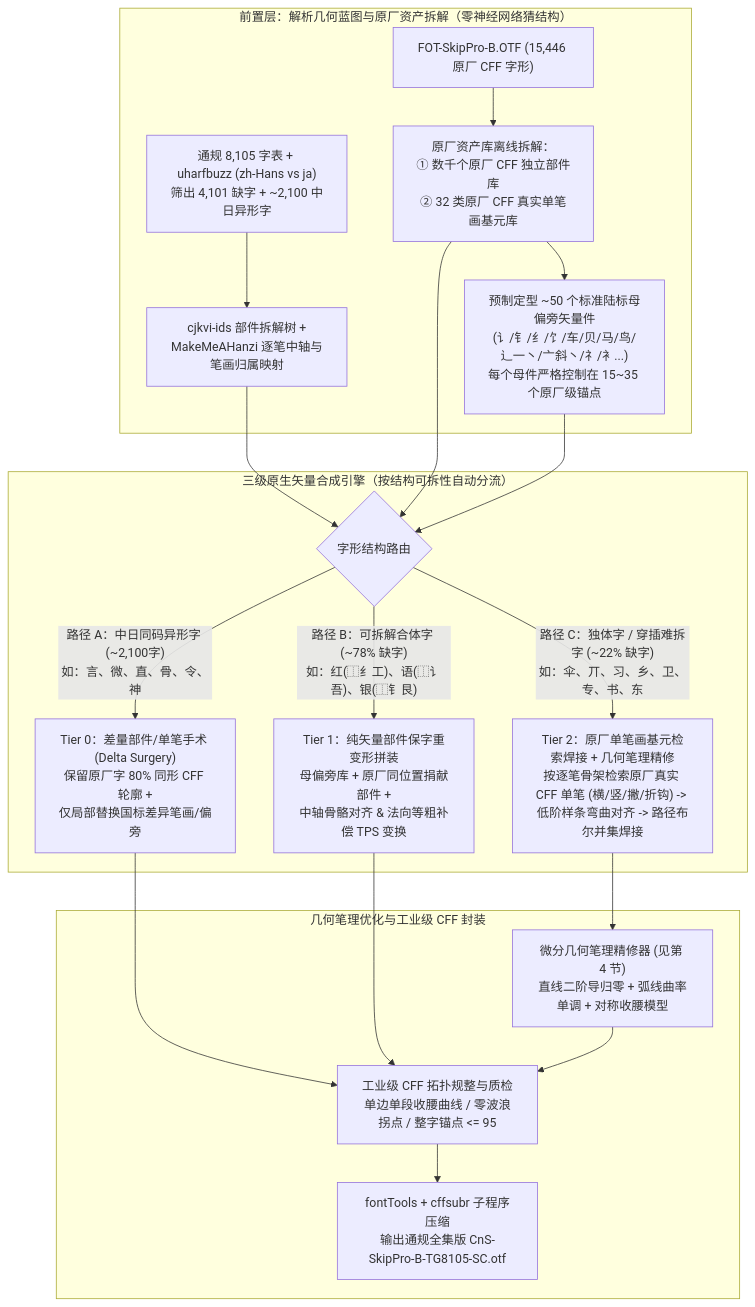
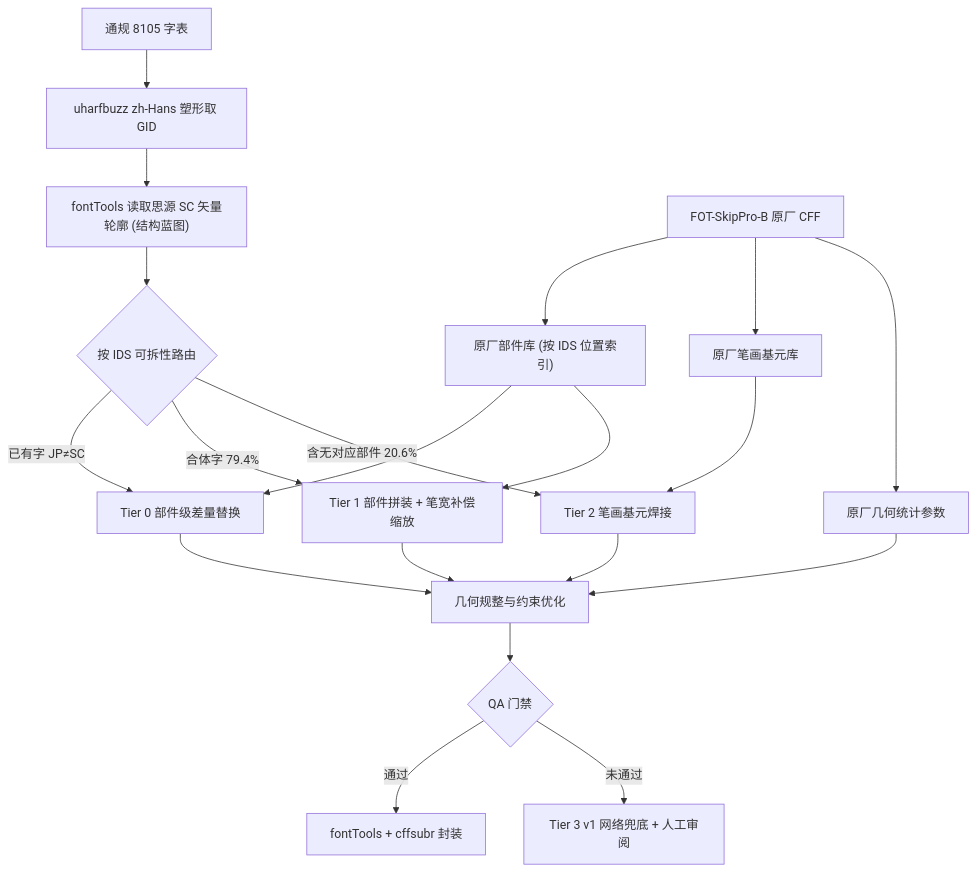
The diagram in plan2.0.md (ZeonMacha/CnS-font), drawn with Mermaid before and after one commit. The commit also changed other lines of this file, not shown here.

Commit message:
docs: audit and revise plan2.0.md with empirical measurements and GID-exact JP/SC stats

````diff
--- a/plan2.0.md
+++ b/plan2.0.md
@@ -56,24 +87,22 @@
 ```mermaid
 flowchart TD
-    subgraph S0["前置层：解析几何蓝图与原厂资产拆解（零神经网络猜结构）"]
-        P1["通规 8,105 字表 + uharfbuzz (zh-Hans vs ja)<br/>筛出 4,101 缺字 + ~2,100 中日异形字"] --> P2["cjkvi-ids 部件拆解树 +<br/>MakeMeAHanzi 逐笔中轴与笔画归属映射"]
-        P3["FOT-SkipPro-B.OTF (15,446 原厂 CFF 字形)"] --> P4["原厂资产库离线拆解：<br/>① 数千个原厂 CFF 独立部件库<br/>② 32 类原厂 CFF 真实单笔画基元库"]
-        P4 --> P5["预制定型 ~50 个标准陆标母偏旁矢量件<br/>(讠/钅/纟/饣/车/贝/马/鸟/辶一丶/亠斜丶/礻/衤...)<br/>每个母件严格控制在 15~35 个原厂级锚点"]
-    end
-
-    subgraph S1["三级原生矢量合成引擎（按结构可拆性自动分流）"]
-        P2 & P4 & P5 --> R{"字形结构路由"}
-
-        R -->|"路径 A：中日同码异形字 (~2,100字)<br/>如：言、微、直、骨、令、神"| T0["Tier 0：差量部件/单笔手术 (Delta Surgery)<br/>保留原厂字 80% 同形 CFF 轮廓 +<br/>仅局部替换国标差异笔画/偏旁"]
-
-        R -->|"路径 B：可拆解合体字 (~78% 缺字)<br/>如：红(⿰纟工)、语(⿰讠吾)、银(⿰钅艮)"| T1["Tier 1：纯矢量部件保字重变形拼装<br/>母偏旁库 + 原厂同位置捐献部件 +<br/>中轴骨骼对齐 & 法向等粗补偿 TPS 变换"]
-
-        R -->|"路径 C：独体字 / 穿插难拆字 (~22% 缺字)<br/>如：伞、丌、习、乡、卫、专、书、东"| T2["Tier 2：原厂单笔画基元检索焊接 + 几何笔理精修<br/>按逐笔骨架检索原厂真实 CFF 单笔 (横/竖/撇/折钩) -> <br/>低阶样条弯曲对齐 -> 路径布尔并集焊接"]
-    end
-
-    subgraph S2["几何笔理优化与工业级 CFF 封装"]
-        T2 --> G1["微分几何笔理精修器 (见第 4 节)<br/>直线二阶导归零 + 弧线曲率单调 + 对称收腰模型"]
-        T0 & T1 & G1 --> G2["工业级 CFF 拓扑规整与质检<br/>单边单段收腰曲线 / 零波浪拐点 / 整字锚点 <= 95"]
-        G2 --> G3["fontTools + cffsubr 子程序压缩<br/>输出通规全集版 CnS-SkipPro-B-TG8105-SC.otf"]
-    end
+    A["通规 8105 字表"] --> B["uharfbuzz zh-Hans 塑形取 GID"]
+    B --> C["fontTools 读取思源 SC 矢量轮廓 (结构蓝图)"]
+    D["FOT-SkipPro-B 原厂 CFF"] --> E["原厂部件库 (按 IDS 位置索引)"]
+    D --> F["原厂笔画基元库"]
+    D --> G["原厂几何统计参数"]
+    C --> R{"按 IDS 可拆性路由"}
+    R -->|"已有字 JP≠SC"| T0["Tier 0 部件级差量替换"]
+    R -->|"合体字 79.4%"| T1["Tier 1 部件拼装 + 笔宽补偿缩放"]
+    R -->|"含无对应部件 20.6%"| T2["Tier 2 笔画基元焊接"]
+    E --> T0
+    E --> T1
+    F --> T2
+    T0 --> H["几何规整与约束优化"]
+    T1 --> H
+    T2 --> H
+    G --> H
+    H --> Q{"QA 门禁"}
+    Q -->|"通过"| P["fontTools + cffsubr 封装"]
+    Q -->|"未通过"| T3["Tier 3 v1 网络兜底 + 人工审阅"]
 ```
````
